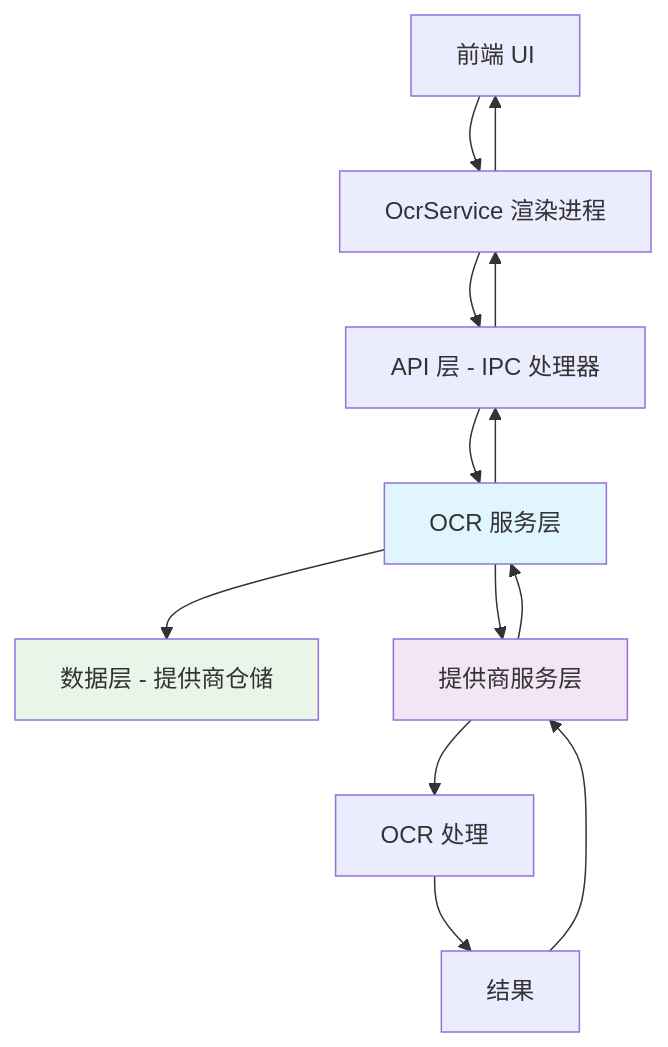
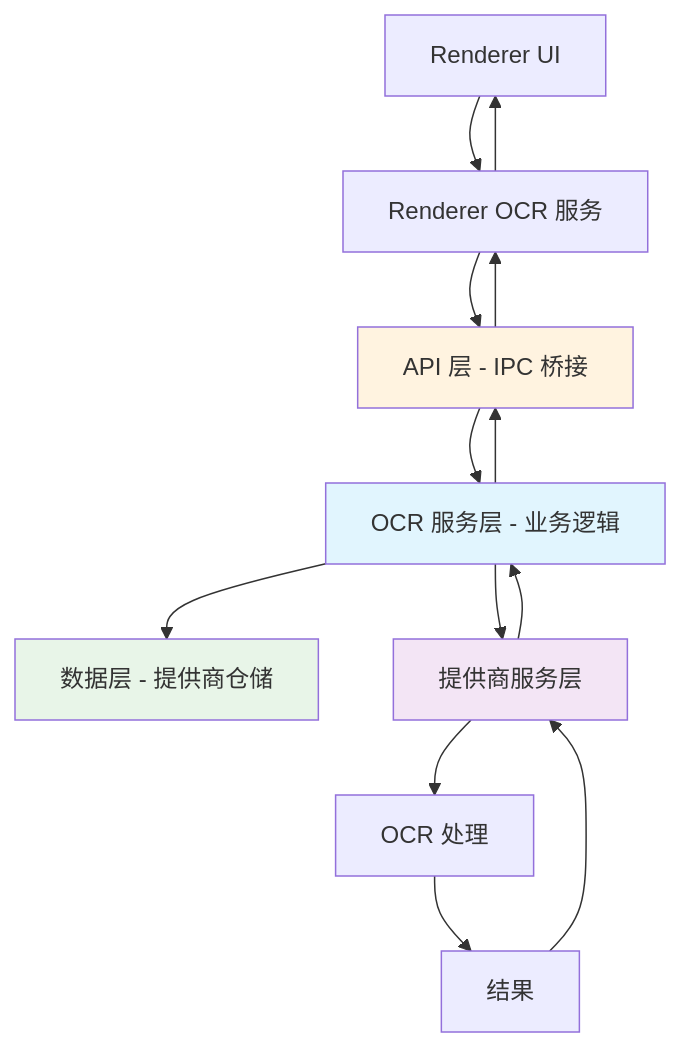
The diagram in docs/technical/ocr-architecture.zh.md (bookmarkbao/cherry-studio), drawn with Mermaid before and after one commit. The commit also changed other lines of this file and 1 other file, not shown here.

First line of the commit message:
docs: update OCR architecture documentation with IPC details

````diff
--- a/docs/technical/ocr-architecture.zh.md
+++ b/docs/technical/ocr-architecture.zh.md
@@ -62,19 +65,20 @@
 ```mermaid
 graph TD
-    A[前端 UI] --> B[OcrService 渲染进程]
-    B --> C[API 层 - IPC 处理器]
-    C --> D[OCR 服务层]
+    A[Renderer UI] --> B[Renderer OCR 服务]
+    B --> C[API 层 - IPC 桥接]
+    C --> D[OCR 服务层 - 业务逻辑]
     D --> E[数据层 - 提供商仓储]
     D --> F[提供商服务层]
     F --> G[OCR 处理]
     G --> H[结果]
     H --> F
     F --> D
     D --> C
     C --> B
     B --> A
 
     style D fill:#e1f5fe
     style F fill:#f3e5f5
     style E fill:#e8f5e8
+    style C fill:#fff3e0
 ```
````
